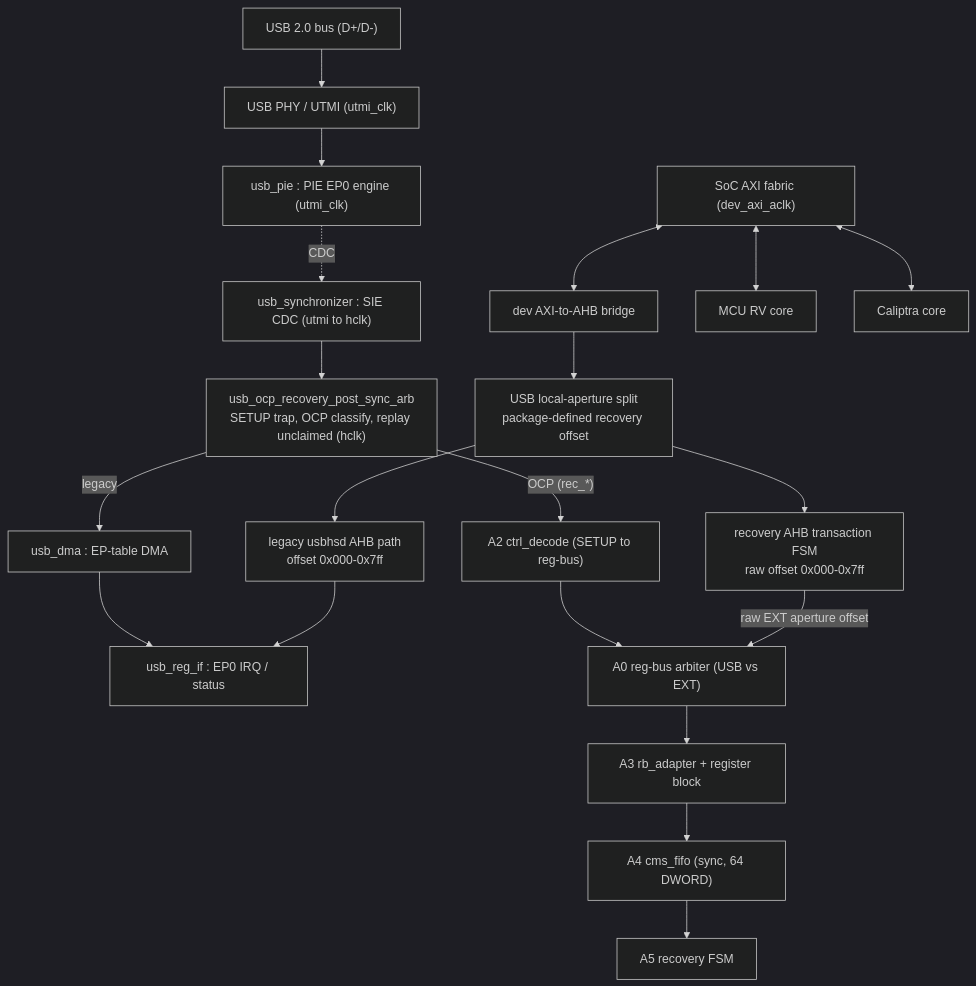
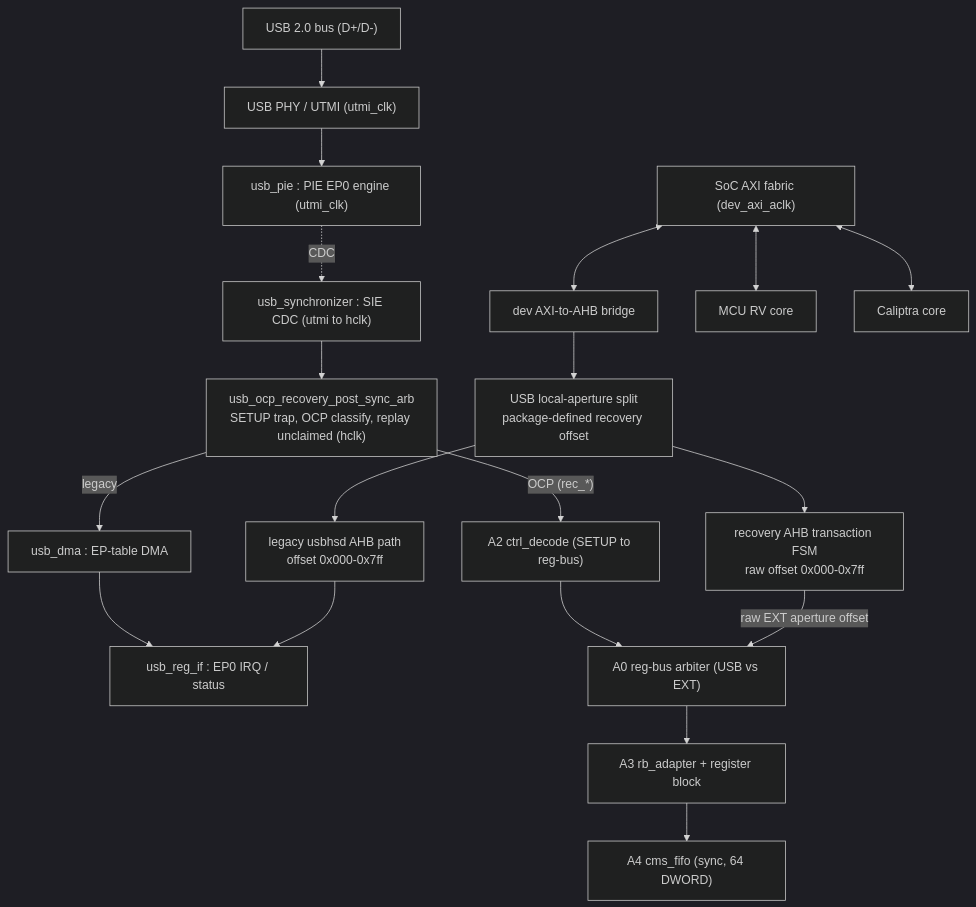
One commit to chipsalliance/caliptra-ss changed the second of 2 diagrams in docs/usb2_recovery_spec/README.md. Above: the diagram before and after it, drawn with Mermaid (dark theme). The commit also changed other lines of this file and 9 other files, not shown here.

Commit message:
usb2 submodule: remove recovery_fsm and dead sidebands. Connect image_activated usb2->caliptra

````diff
--- a/docs/usb2_recovery_spec/README.md
+++ b/docs/usb2_recovery_spec/README.md
@@ -115,32 +114,31 @@
 ```mermaid
 flowchart TB
     bus["USB 2.0 bus (D+/D-)"]
     phy["USB PHY / UTMI (utmi_clk)"]
     pie["usb_pie : PIE EP0 engine (utmi_clk)"]
     sync["usb_synchronizer : SIE CDC (utmi to hclk)"]
     arb["usb_ocp_recovery_post_sync_arb<br/>SETUP trap, OCP classify, replay unclaimed (hclk)"]
     dma["usb_dma : EP-table DMA"]
     regif["usb_reg_if : EP0 IRQ / status"]
     a2["A2 ctrl_decode (SETUP to reg-bus)"]
     a0["A0 reg-bus arbiter (USB vs EXT)"]
     a3["A3 rb_adapter + register block"]
     a4["A4 cms_fifo (sync, 64 DWORD)"]
-    a5["A5 recovery FSM"]
     ahb["dev AXI-to-AHB bridge"]
     split["USB local-aperture split<br/>package-defined recovery offset"]
     legacy_ahb["legacy usbhsd AHB path<br/>offset 0x000-0x7ff"]
     rec_ahb["recovery AHB transaction FSM<br/>raw offset 0x000-0x7ff"]
     fab["SoC AXI fabric (dev_axi_aclk)"]
     fw["MCU RV core"]
     cptra["Caliptra core"]
 
     bus --> phy --> pie
     pie -.->|CDC| sync --> arb
     arb -->|legacy| dma --> regif
-    arb -->|"OCP (rec_*)"| a2 --> a0 --> a3 --> a4 --> a5
+    arb -->|"OCP (rec_*)"| a2 --> a0 --> a3 --> a4
     fab <--> ahb --> split
     split --> legacy_ahb --> regif
     split --> rec_ahb -->|"raw EXT aperture offset"| a0
     fab <--> fw
     fab <--> cptra
 ```
````
